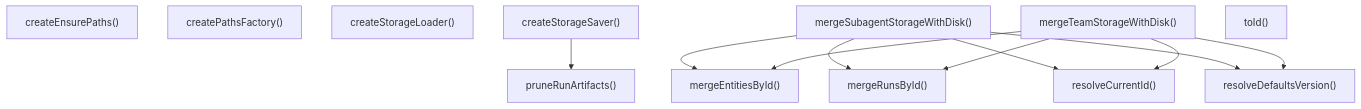
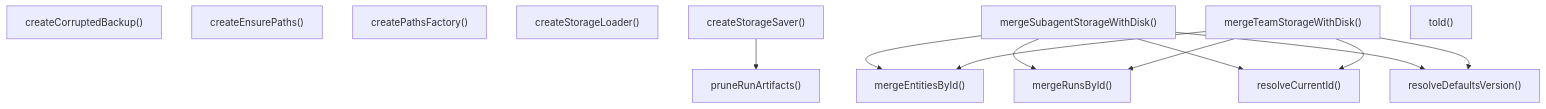
Before and after one commit to Mekann2904/mekann: the third of 4 diagrams in ABDD/.pi/lib/storage-base.md, drawn with Mermaid. The commit also changed other lines of this file and 205 other files, not shown here.

````diff
--- a/ABDD/.pi/lib/storage-base.md
+++ b/ABDD/.pi/lib/storage-base.md
@@ -112,24 +113,25 @@
 ```mermaid
 flowchart TD
+  createCorruptedBackup["createCorruptedBackup()"]
   createEnsurePaths["createEnsurePaths()"]
   createPathsFactory["createPathsFactory()"]
   createStorageLoader["createStorageLoader()"]
   createStorageSaver["createStorageSaver()"]
   mergeEntitiesById["mergeEntitiesById()"]
   mergeRunsById["mergeRunsById()"]
   mergeSubagentStorageWithDisk["mergeSubagentStorageWithDisk()"]
   mergeTeamStorageWithDisk["mergeTeamStorageWithDisk()"]
   pruneRunArtifacts["pruneRunArtifacts()"]
   resolveCurrentId["resolveCurrentId()"]
   resolveDefaultsVersion["resolveDefaultsVersion()"]
   toId["toId()"]
   createStorageSaver --> pruneRunArtifacts
   mergeSubagentStorageWithDisk --> mergeEntitiesById
   mergeSubagentStorageWithDisk --> mergeRunsById
   mergeSubagentStorageWithDisk --> resolveCurrentId
   mergeSubagentStorageWithDisk --> resolveDefaultsVersion
   mergeTeamStorageWithDisk --> mergeEntitiesById
   mergeTeamStorageWithDisk --> mergeRunsById
   mergeTeamStorageWithDisk --> resolveCurrentId
   mergeTeamStorageWithDisk --> resolveDefaultsVersion
 ```
````
